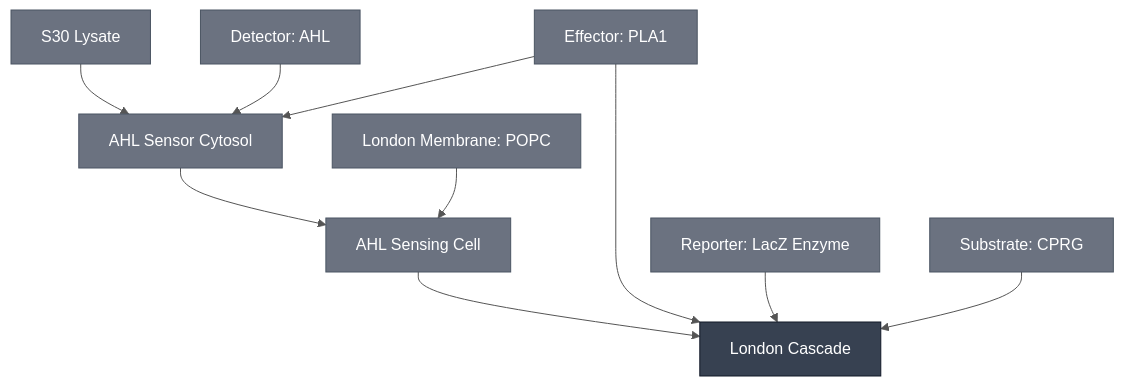
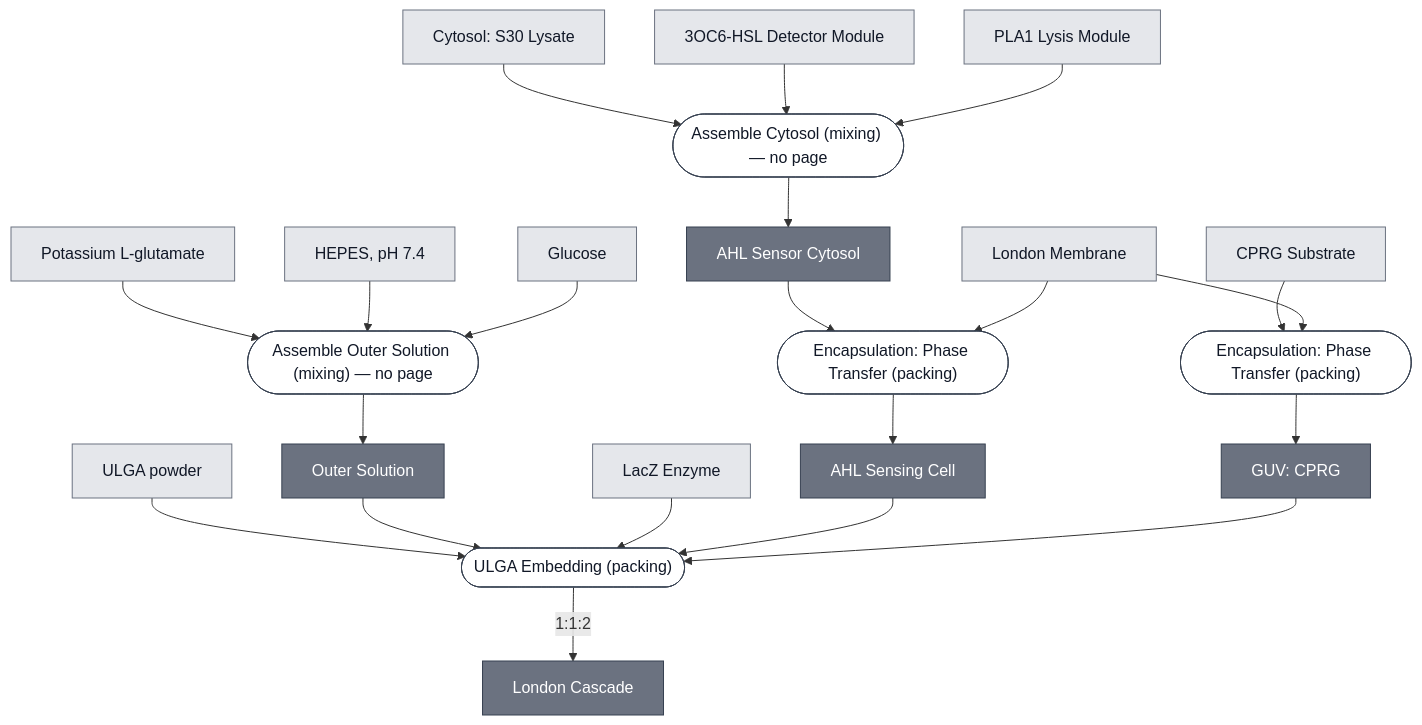
Before and after one commit to nucleus-eng/nucleus-docs: the diagram in docs/modules/london-cascade/spec.md, drawn with Mermaid. The commit also changed other lines of this file and 12 other files, not shown here.

First line of the commit message:
Give London and Chicago a composition source that names its processes

````diff
--- a/docs/modules/london-cascade/spec.md
+++ b/docs/modules/london-cascade/spec.md
@@ -25,38 +25,71 @@
 ```mermaid
-%%{init: {'theme': 'base', 'themeVariables': {'lineColor': '#555555', 'edgeLabelBackground': '#ffffff'}}}%%
 flowchart TD
+    S30_LYSATE["Cytosol: S30 Lysate"]
+    DETECTOR_3OC6_HSL["3OC6-HSL Detector Module"]
+    EFFECTOR_PLA1["PLA1 Lysis Module"]
+    MEMBRANE_POPC["London Membrane"]
+    SUBSTRATE_CPRG["CPRG Substrate"]
+    REPORTER_LACZ_ENZYME["LacZ Enzyme"]
+    ULGA_POWDER["ULGA powder"]
+    POTASSIUM_GLUTAMATE["Potassium L-glutamate"]
+    HEPES["HEPES, pH 7.4"]
+    GLUCOSE["Glucose"]
+
+    P1_ASSEMBLE_CYTOSOL_0(["Assemble Cytosol (mixing) — no page"])
+    AHL_SENSOR_CYTOSOL["AHL Sensor Cytosol"]
+    P2_ENCAPSULATE_SENSING_0(["Encapsulation: Phase Transfer (packing)"])
     AHL_SENSING_CELL["AHL Sensing Cell"]
-    AHL_SENSOR_CYTOSOL["AHL Sensor Cytosol"]
-    DETECTOR_3OC6_HSL["Detector: AHL"]
-    EFFECTOR_PLA1["Effector: PLA1"]
+    P3_ENCAPSULATE_SUBSTRATE_0(["Encapsulation: Phase Transfer (packing)"])
+    GUV_CPRG["GUV: CPRG"]
+    P4_ASSEMBLE_OUTER_SOLUTION_0(["Assemble Outer Solution (mixing) — no page"])
+    OUTER_SOLUTION["Outer Solution"]
+    P5_EMBED_ULGA_0(["ULGA Embedding (packing)"])
     LONDON_CASCADE["London Cascade"]
-    MEMBRANE_POPC["London Membrane: POPC"]
-    REPORTER_LACZ_ENZYME["Reporter: LacZ Enzyme"]
-    S30_LYSATE["S30 Lysate"]
-    SUBSTRATE_CPRG["Substrate: CPRG"]
 
-    AHL_SENSOR_CYTOSOL --> AHL_SENSING_CELL
-    MEMBRANE_POPC --> AHL_SENSING_CELL
-    S30_LYSATE --> AHL_SENSOR_CYTOSOL
-    DETECTOR_3OC6_HSL --> AHL_SENSOR_CYTOSOL
-    EFFECTOR_PLA1 --> AHL_SENSOR_CYTOSOL
-    AHL_SENSING_CELL --> LONDON_CASCADE
-    EFFECTOR_PLA1 --> LONDON_CASCADE
-    REPORTER_LACZ_ENZYME --> LONDON_CASCADE
-    SUBSTRATE_CPRG --> LONDON_CASCADE
+    S30_LYSATE --> P1_ASSEMBLE_CYTOSOL_0
+    DETECTOR_3OC6_HSL --> P1_ASSEMBLE_CYTOSOL_0
+    EFFECTOR_PLA1 --> P1_ASSEMBLE_CYTOSOL_0
+    P1_ASSEMBLE_CYTOSOL_0 --> AHL_SENSOR_CYTOSOL
 
-    classDef constituent fill:#6B7280,color:#ffffff,stroke:#4B5563;
-    classDef this fill:#374151,color:#ffffff,stroke:#111827;
-    class AHL_SENSING_CELL,AHL_SENSOR_CYTOSOL,DETECTOR_3OC6_HSL,EFFECTOR_PLA1,MEMBRANE_POPC,REPORTER_LACZ_ENZYME,S30_LYSATE,SUBSTRATE_CPRG constituent;
-    class LONDON_CASCADE this;
+    AHL_SENSOR_CYTOSOL --> P2_ENCAPSULATE_SENSING_0
+    MEMBRANE_POPC --> P2_ENCAPSULATE_SENSING_0
+    P2_ENCAPSULATE_SENSING_0 --> AHL_SENSING_CELL
 
-    click AHL_SENSING_CELL "/docs/modules/ahl-sensing-cell/spec"
-    click AHL_SENSOR_CYTOSOL "/docs/modules/ahl-sensor-cytosol/spec"
+    SUBSTRATE_CPRG --> P3_ENCAPSULATE_SUBSTRATE_0
+    MEMBRANE_POPC --> P3_ENCAPSULATE_SUBSTRATE_0
+    P3_ENCAPSULATE_SUBSTRATE_0 --> GUV_CPRG
+
+    POTASSIUM_GLUTAMATE --> P4_ASSEMBLE_OUTER_SOLUTION_0
+    HEPES --> P4_ASSEMBLE_OUTER_SOLUTION_0
+    GLUCOSE --> P4_ASSEMBLE_OUTER_SOLUTION_0
+    P4_ASSEMBLE_OUTER_SOLUTION_0 --> OUTER_SOLUTION
+
+    ULGA_POWDER --> P5_EMBED_ULGA_0
+    OUTER_SOLUTION --> P5_EMBED_ULGA_0
+    REPORTER_LACZ_ENZYME --> P5_EMBED_ULGA_0
+    AHL_SENSING_CELL --> P5_EMBED_ULGA_0
+    GUV_CPRG --> P5_EMBED_ULGA_0
+    P5_EMBED_ULGA_0 -->|"1:1:2"| LONDON_CASCADE
+
+
+    classDef leaf     fill:#e5e7eb,stroke:#6b7280,color:#111827;
+    classDef composed fill:#6b7280,stroke:#374151,color:#ffffff;
+    classDef process  fill:#ffffff,stroke:#374151,color:#111827;
+    class S30_LYSATE,DETECTOR_3OC6_HSL,EFFECTOR_PLA1,MEMBRANE_POPC,SUBSTRATE_CPRG,REPORTER_LACZ_ENZYME,ULGA_POWDER,POTASSIUM_GLUTAMATE,HEPES,GLUCOSE leaf;
+    class AHL_SENSOR_CYTOSOL,AHL_SENSING_CELL,GUV_CPRG,OUTER_SOLUTION,LONDON_CASCADE composed;
+    class P1_ASSEMBLE_CYTOSOL_0,P2_ENCAPSULATE_SENSING_0,P3_ENCAPSULATE_SUBSTRATE_0,P4_ASSEMBLE_OUTER_SOLUTION_0,P5_EMBED_ULGA_0 process;
+
+    click S30_LYSATE "/docs/modules/s30-lysate/spec"
     click DETECTOR_3OC6_HSL "/docs/modules/detector-3oc6-hsl/spec"
     click EFFECTOR_PLA1 "/docs/modules/effector-pla1/spec"
+    click MEMBRANE_POPC "/docs/modules/membrane-popc/spec"
+    click SUBSTRATE_CPRG "/docs/modules/substrate-cprg/spec"
+    click REPORTER_LACZ_ENZYME "/docs/modules/reporter-lacz-enzyme/spec"
+    click AHL_SENSOR_CYTOSOL "/docs/modules/ahl-sensor-cytosol/spec"
+    click P2_ENCAPSULATE_SENSING_0 "/docs/processes/assemble-base-cell/main"
+    click AHL_SENSING_CELL "/docs/modules/ahl-sensing-cell/spec"
+    click P3_ENCAPSULATE_SUBSTRATE_0 "/docs/processes/assemble-base-cell/main"
+    click GUV_CPRG "/docs/modules/guv-cprg/spec"
+    click P5_EMBED_ULGA_0 "/docs/processes/embed-ulga-hydrogel/main"
     click LONDON_CASCADE "/docs/modules/london-cascade/spec"
-    click MEMBRANE_POPC "/docs/modules/membrane-popc/spec"
-    click REPORTER_LACZ_ENZYME "/docs/modules/reporter-lacz-enzyme/spec"
-    click S30_LYSATE "/docs/modules/s30-lysate/spec"
-    click SUBSTRATE_CPRG "/docs/modules/substrate-cprg/spec"
 ```
````
